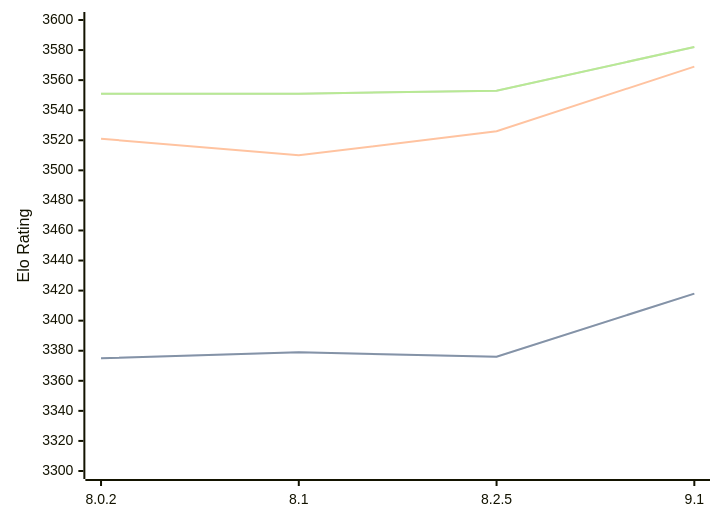
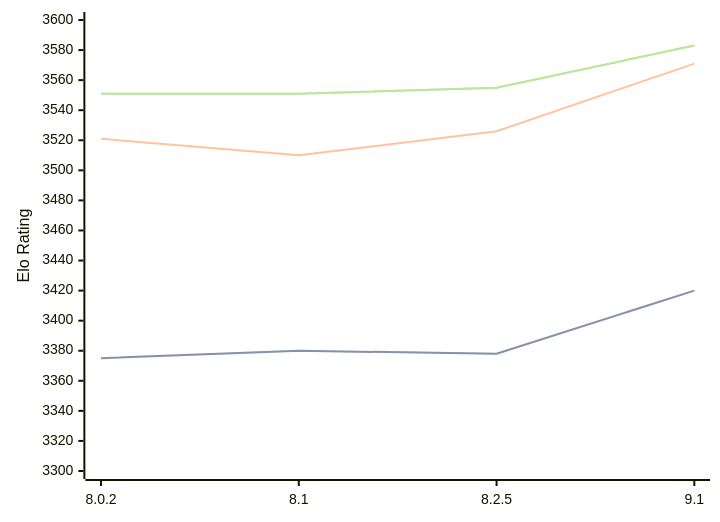
The diagram in engines/Clover.md (computer-chess-index/cci), drawn with Mermaid before and after one commit. The commit also changed other lines of this file, not shown here.

Commit message:
Update CCI Ratings (ELO VLTC) - 2026-04-19

````diff
--- a/engines/Clover.md
+++ b/engines/Clover.md
@@ -64,11 +64,11 @@
 ```mermaid
 %%{init: {"theme":"base","themeVariables":{"seriesColors:['#a3a3a3','#222221','#faa371']}}}%%
 xychart-beta
   x-axis ["8.0.2", "8.1", "8.2.5", "9.1"]
   y-axis "Elo Rating" 3300 --> 3600
-  line "STC (8.0+0.08s)" [3375, 3379, 3376, 3418]
-  line "STC (8.0+0.08s)" [3375, 3379, 3376, 3418]
-  line "LTC (60.0+0.60s)" [3521, 3510, 3526, 3569]
-  line "VLTC (2m24s+1.12s)" [3551, 3551, 3553, 3582]
-  line "VLTC (2m24s+1.12s)" [3551, 3551, 3553, 3582]
+  line "STC (8.0+0.08s)" [3375, 3380, 3378, 3420]
+  line "STC (8.0+0.08s)" [3375, 3380, 3378, 3420]
+  line "LTC (60.0+0.60s)" [3521, 3510, 3526, 3571]
+  line "VLTC (2m24s+1.12s)" [3551, 3551, 3555, 3583]
+  line "VLTC (2m24s+1.12s)" [3551, 3551, 3555, 3583]
 ```
````
